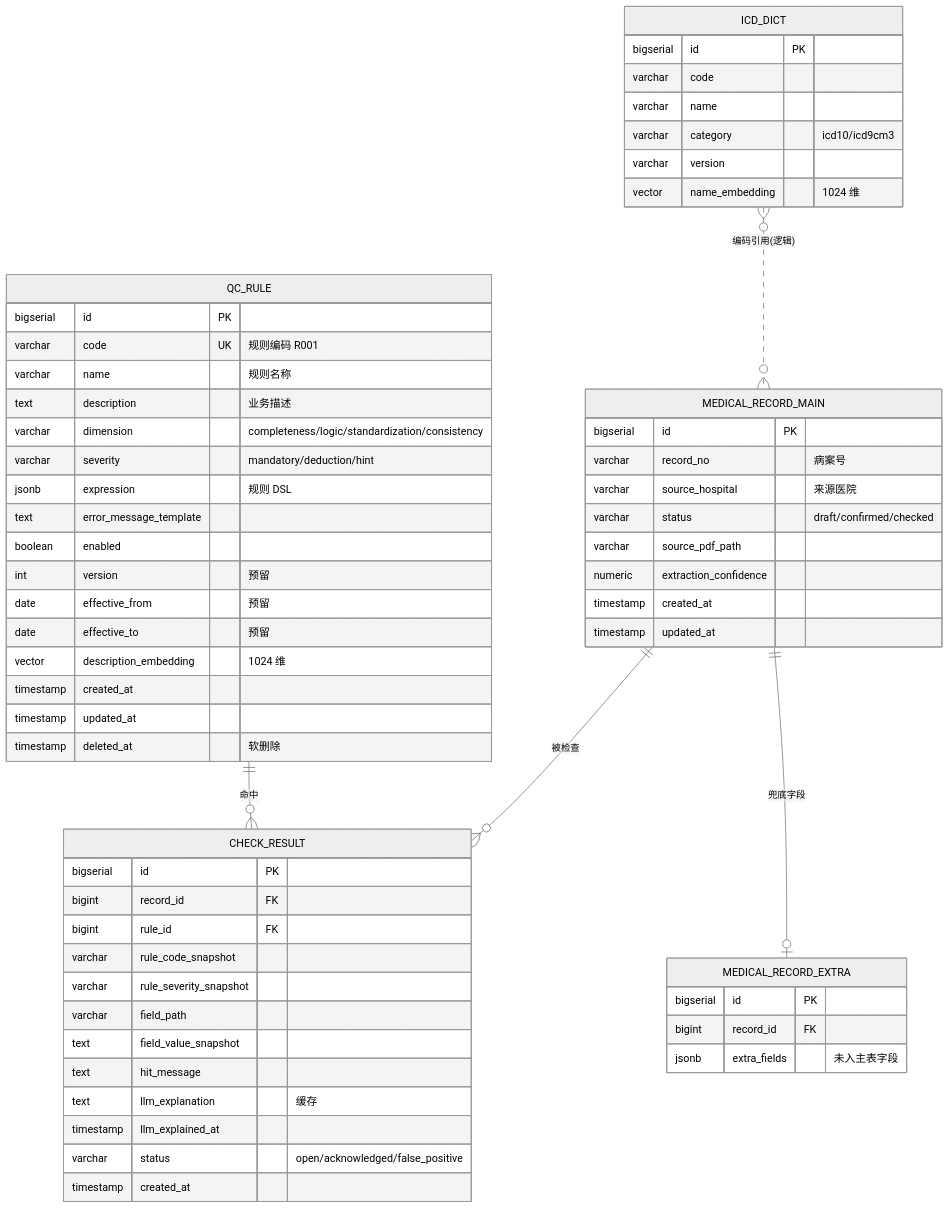
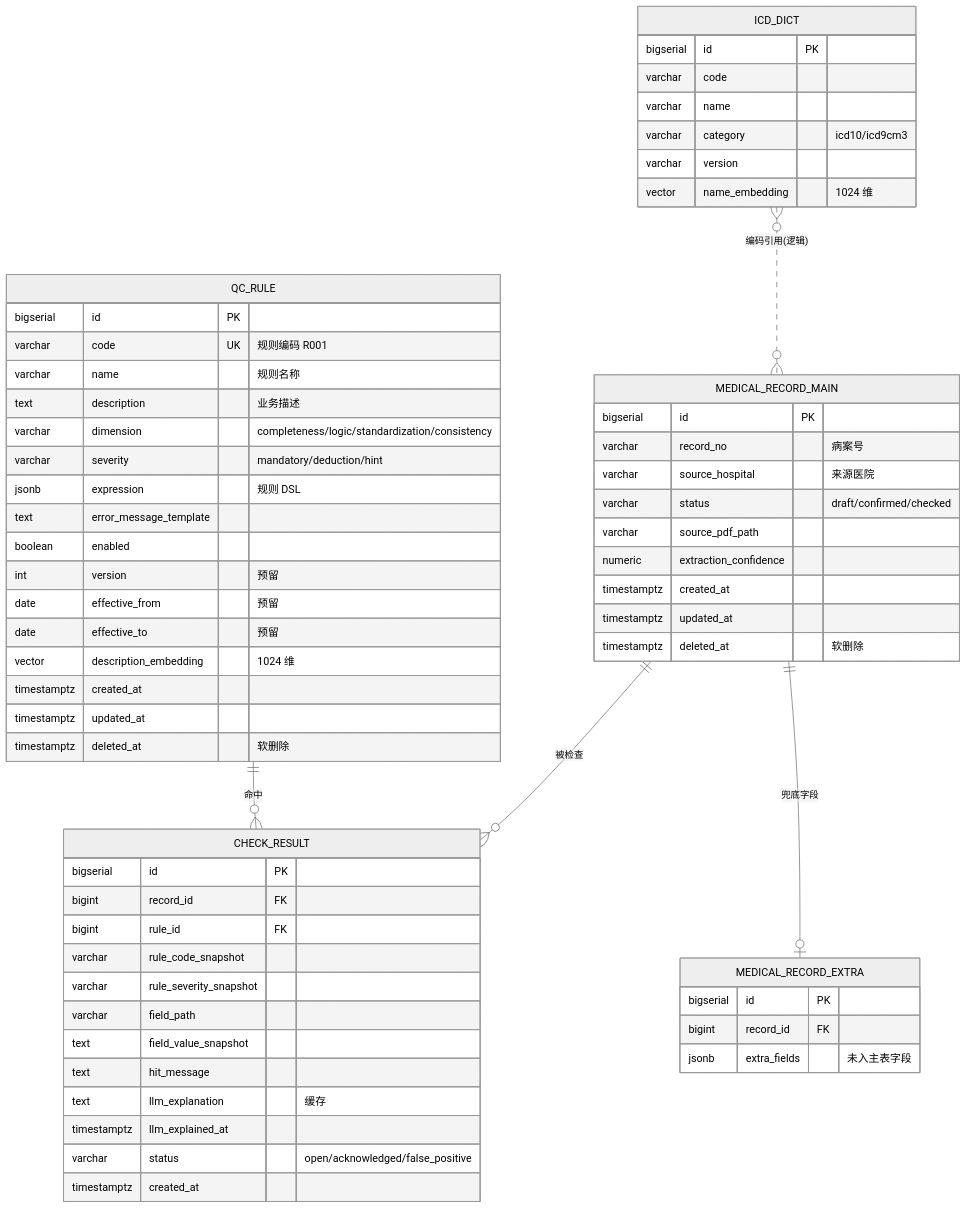
The third of 7 diagrams in docs/病案首页与质控业务/病案首页质控MVP开发计划书.md (Llffan/DeepAudit), drawn with Mermaid (neutral theme) before and after one commit. The commit also changed other lines of this file and 1 other file, not shown here.

First line of the commit message:
feat(phase-1): add Flyway V1 init_schema with seed rules + sync plan doc

````diff
--- a/docs/病案首页与质控业务/病案首页质控MVP开发计划书.md
+++ b/docs/病案首页与质控业务/病案首页质控MVP开发计划书.md
@@ -299,67 +299,68 @@
 ```mermaid
 erDiagram
     QC_RULE ||--o{ CHECK_RESULT : "命中"
     MEDICAL_RECORD_MAIN ||--o| MEDICAL_RECORD_EXTRA : "兜底字段"
     MEDICAL_RECORD_MAIN ||--o{ CHECK_RESULT : "被检查"
     ICD_DICT }o..o{ MEDICAL_RECORD_MAIN : "编码引用(逻辑)"
 
     QC_RULE {
         bigserial id PK
         varchar code UK "规则编码 R001"
         varchar name "规则名称"
         text description "业务描述"
         varchar dimension "completeness/logic/standardization/consistency"
         varchar severity "mandatory/deduction/hint"
         jsonb expression "规则 DSL"
         text error_message_template
         boolean enabled
         int version "预留"
         date effective_from "预留"
         date effective_to "预留"
         vector description_embedding "1024 维"
-        timestamp created_at
-        timestamp updated_at
-        timestamp deleted_at "软删除"
+        timestamptz created_at
+        timestamptz updated_at
+        timestamptz deleted_at "软删除"
     }
 
     MEDICAL_RECORD_MAIN {
         bigserial id PK
         varchar record_no "病案号"
         varchar source_hospital "来源医院"
         varchar status "draft/confirmed/checked"
         varchar source_pdf_path
         numeric extraction_confidence
-        timestamp created_at
-        timestamp updated_at
+        timestamptz created_at
+        timestamptz updated_at
+        timestamptz deleted_at "软删除"
     }
 
     MEDICAL_RECORD_EXTRA {
         bigserial id PK
         bigint record_id FK
         jsonb extra_fields "未入主表字段"
     }
 
     CHECK_RESULT {
         bigserial id PK
         bigint record_id FK
         bigint rule_id FK
         varchar rule_code_snapshot
         varchar rule_severity_snapshot
         varchar field_path
         text field_value_snapshot
         text hit_message
         text llm_explanation "缓存"
-        timestamp llm_explained_at
+        timestamptz llm_explained_at
         varchar status "open/acknowledged/false_positive"
-        timestamp created_at
+        timestamptz created_at
     }
 
     ICD_DICT {
         bigserial id PK
         varchar code
         varchar name
         varchar category "icd10/icd9cm3"
         varchar version
         vector name_embedding "1024 维"
     }
 ```
````
